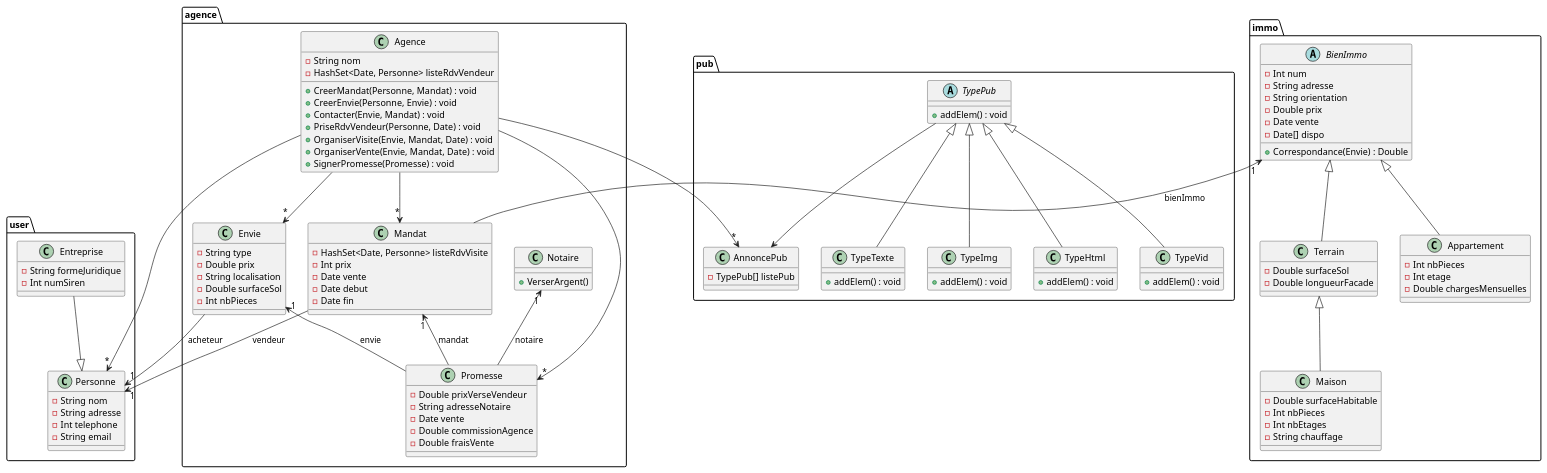
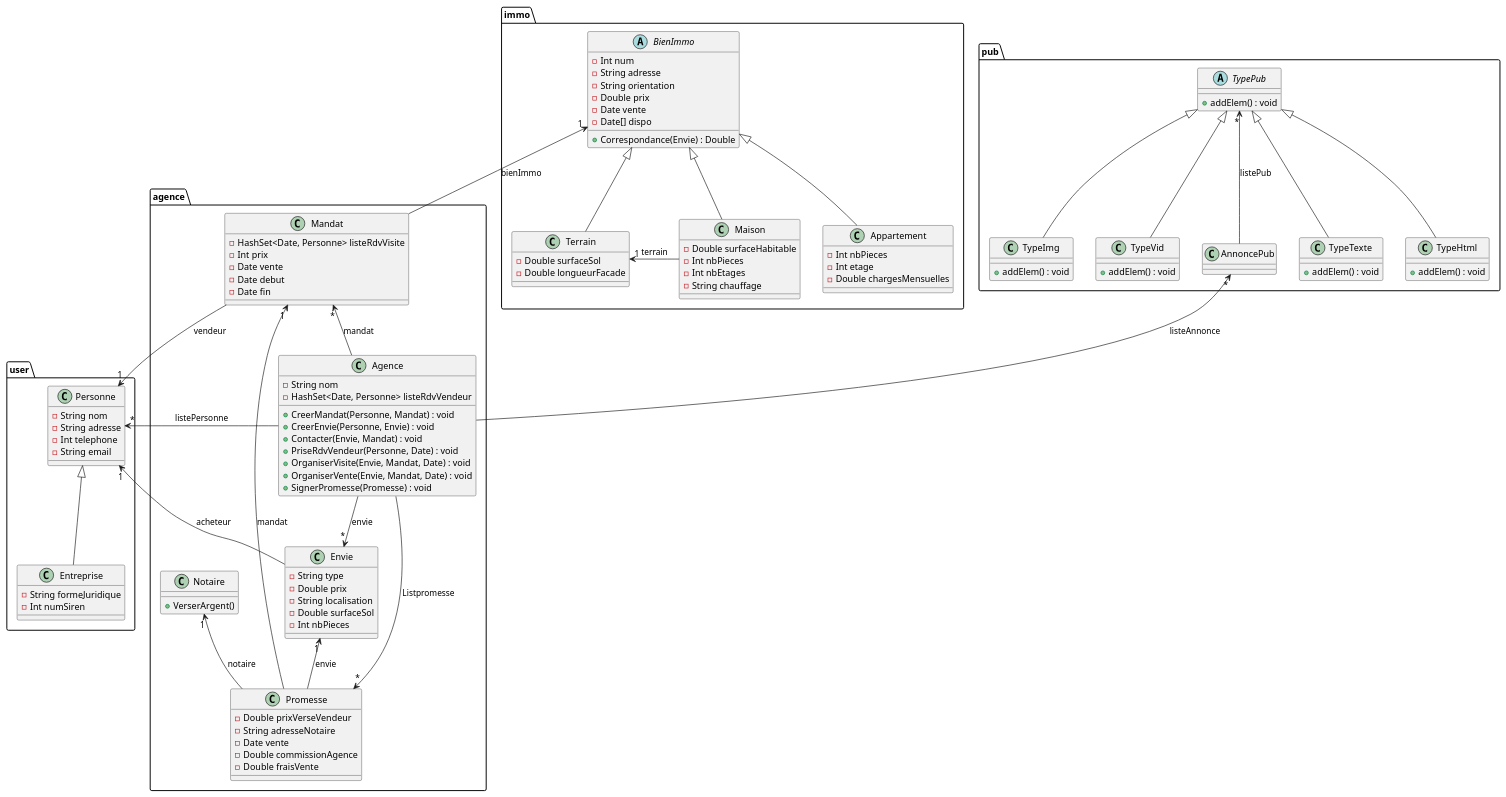
One commit to DenisGuiraudet/MIASHS_UML_PTUT changed the diagram in DOC/UML/diagClass.plantuml. Above: the diagram before and after it, drawn with PlantUML.

Commit message:
Auto stash before merge of "master" and "origin/master"

```diff
--- a/DOC/UML/diagClass.plantuml
+++ b/DOC/UML/diagClass.plantuml
@@ -2,154 +2,154 @@
 @startuml
 
 package user {
 
   class Personne {
     -String nom
     -String adresse
     -Int telephone
     -String email
   }
 
   class Entreprise {
     -String formeJuridique
     -Int numSiren
   }
 
-  Entreprise --|> Personne
+  Entreprise -up-|> Personne
 
 }
 
 package agence {
 
   class Agence {
     -String nom
     -HashSet<Date, Personne> listeRdvVendeur
     +CreerMandat(Personne, Mandat) : void
     +CreerEnvie(Personne, Envie) : void
     +Contacter(Envie, Mandat) : void
     +PriseRdvVendeur(Personne, Date) : void
     +OrganiserVisite(Envie, Mandat, Date) : void
     +OrganiserVente(Envie, Mandat, Date) : void
     +SignerPromesse(Promesse) : void
   }
 
-  Personne "*"<-- Agence
+  Personne "*"<-- Agence : "listePersonne"
 
   class Envie {
     -String type
     -Double prix
     -String localisation
     -Double surfaceSol
     -Int nbPieces
   }
 
   class Mandat {
     -HashSet<Date, Personne> listeRdvVisite
     -Int prix
     -Date vente
     -Date debut
     -Date fin
   }
 
-  Agence -->"*" Mandat
-  Agence -->"*" Envie
+  Agence -up->"*" Mandat : "mandat"
+  Agence -->"*" Envie : "envie"
 
   Envie -->"1" Personne : "acheteur"
   Mandat -->"1" Personne : "vendeur"
 
   class Promesse {
     -Double prixVerseVendeur
     -String adresseNotaire
     -Date vente
     -Double commissionAgence
     -Double fraisVente
   }
 
-  Agence -->"*" Promesse
+  Agence -->"*" Promesse : "Listpromesse"
   Mandat "1"<-- Promesse : "mandat"
   Envie "1"<-- Promesse : "envie"
 
   class Notaire {
     +VerserArgent()
   }
 
   Notaire "1"<-- Promesse : "notaire"
 
 }
 
 package pub {
 
   class AnnoncePub {
-    -TypePub[] listePub
   }
 
-  Agence -->"*" AnnoncePub
+  AnnoncePub "*"<-- Agence : "listeAnnonce"
+  TypePub "*"<-- AnnoncePub : "listePub"
 
   abstract class TypePub {
     +addElem() : void
   }
-
-  TypePub --> AnnoncePub
 
   class TypeTexte {
     +addElem() : void
   }
 
   class TypeHtml {
     +addElem() : void
   }
 
   class TypeImg {
     +addElem() : void
   }
 
   class TypeVid {
     +addElem() : void
   }
 
   TypeTexte -up-|> TypePub
   TypeHtml -up-|> TypePub
   TypeImg -up-|> TypePub
   TypeVid -up-|> TypePub
 
 }
 
 package immo {
 
   abstract class BienImmo {
     -Int num
     -String adresse
     -String orientation
     -Double prix
     -Date vente
     -Date[] dispo
     +Correspondance(Envie) : Double
   }
 
   class Terrain {
     -Double surfaceSol
     -Double longueurFacade
   }
 
   class Maison {
     -Double surfaceHabitable
     -Int nbPieces
     -Int nbEtages
     -String chauffage
   }
 
   class Appartement {
     -Int nbPieces
     -Int etage
     -Double chargesMensuelles
   }
 
   BienImmo "1"<-- Mandat : "bienImmo"
 
   Terrain -up-|> BienImmo
-  Maison -up-|> Terrain
+  Maison -up-|> BienImmo
   Appartement -up-|> BienImmo
+
+  Maison -left->"1" Terrain : "terrain"
 
 }
 
 @enduml
```
